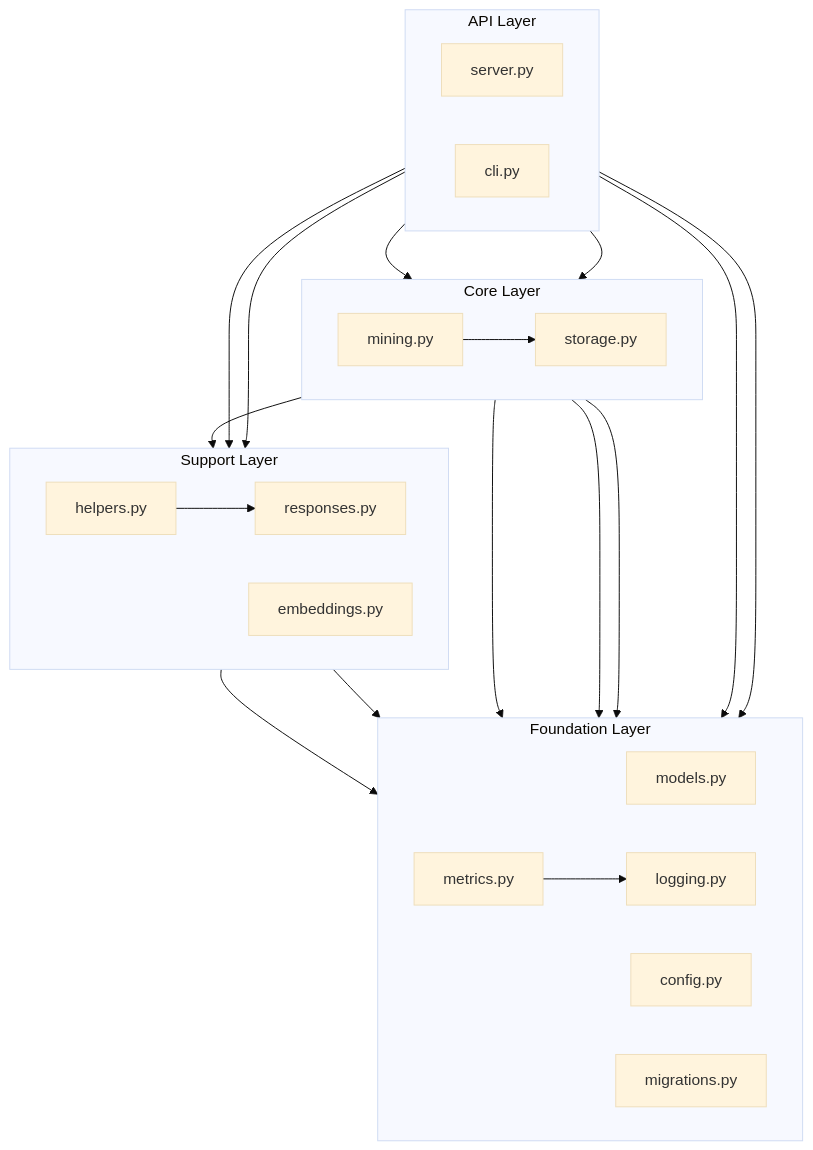
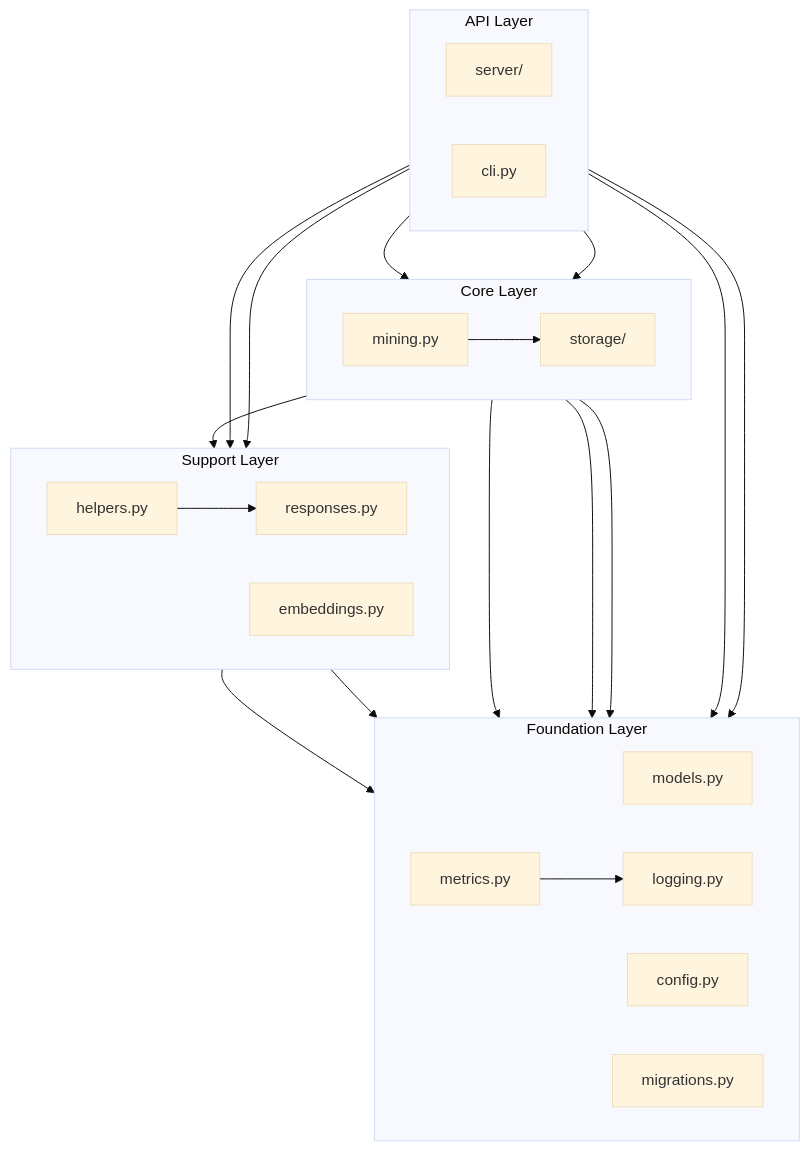
The second of 2 diagrams in ARCHITECTURE.md (michael-denyer/memory-mcp), drawn with Mermaid (base theme) before and after one commit. The commit also changed other lines of this file and 3 other files, not shown here.

````diff
--- a/ARCHITECTURE.md
+++ b/ARCHITECTURE.md
@@ -136,38 +169,38 @@
 ```mermaid
 graph TB
     subgraph API["API Layer"]
         direction LR
-        server[server.py]
+        server[server/]
         cli[cli.py]
     end
 
     subgraph Core["Core Layer"]
         direction LR
-        storage[storage.py]
+        storage[storage/]
         mining[mining.py]
     end
 
     subgraph Support["Support Layer"]
         direction LR
         helpers[helpers.py]
         responses[responses.py]
         embeddings[embeddings.py]
     end
 
     subgraph Foundation["Foundation Layer"]
         direction LR
         models[models.py]
         config[config.py]
         migrations[migrations.py]
         logging[logging.py]
         metrics[metrics.py]
     end
 
     server --> storage & helpers & responses & logging
     cli --> storage & config
     storage --> models & migrations & embeddings & config
     mining --> storage
     helpers --> models & responses
     responses --> models
     metrics --> logging
 ```
````
